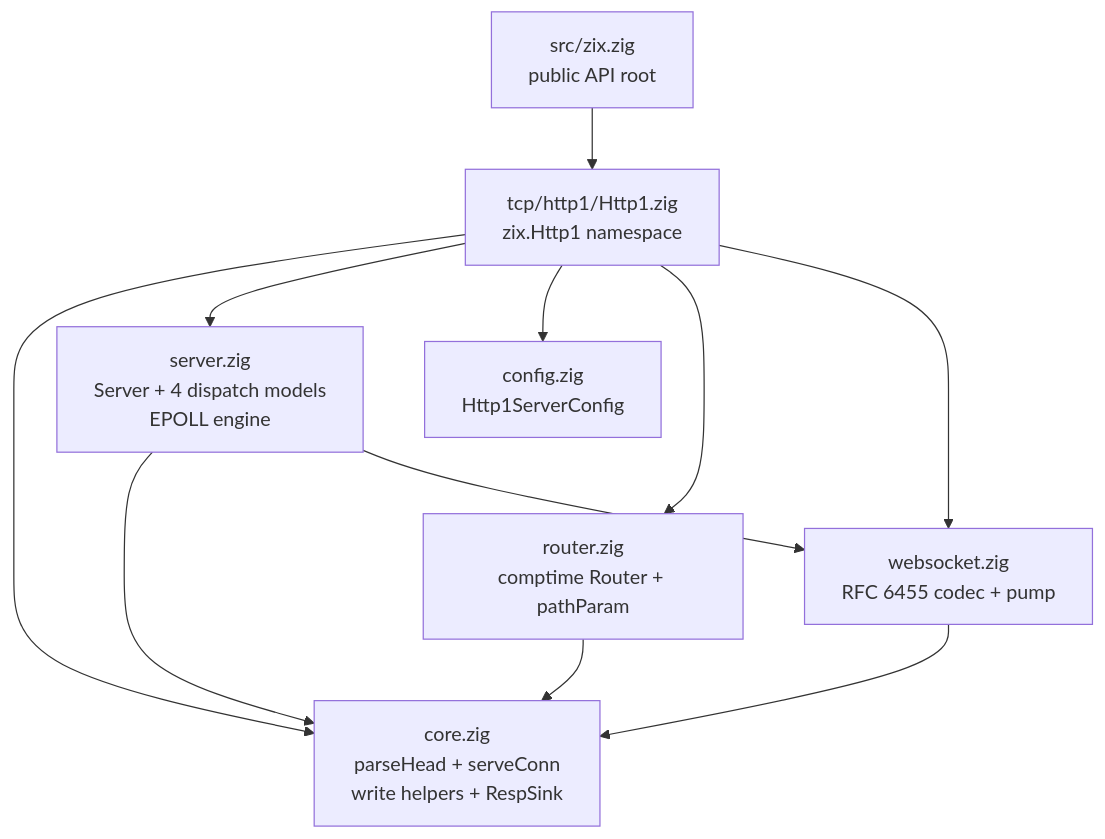
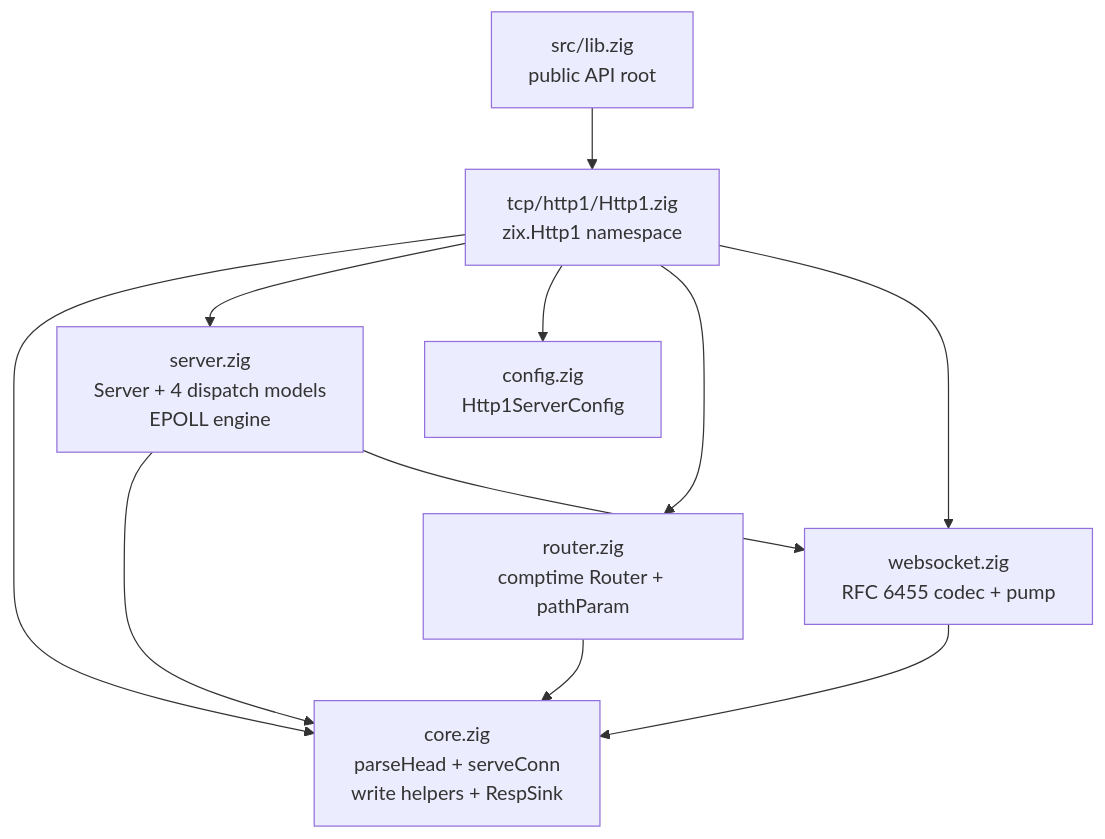
The fourth of 6 diagrams in docs/hld-http1-id.md (prothegee/zix), drawn with Mermaid before and after one commit. The commit also changed other lines of this file, not shown here.

Commit message:
Doc hld-http1-id: ws_recv_buf, RawFn, timeout

````diff
--- a/docs/hld-http1-id.md
+++ b/docs/hld-http1-id.md
@@ -106,15 +106,15 @@
 ```mermaid
 graph TD
-    zix["src/zix.zig\npublic API root"] --> Http1["tcp/http1/Http1.zig\nzix.Http1 namespace"]
+    zix["src/lib.zig\npublic API root"] --> Http1["tcp/http1/Http1.zig\nzix.Http1 namespace"]
 
     Http1 --> core["core.zig\nparseHead + serveConn\nwrite helpers + RespSink"]
     Http1 --> server["server.zig\nServer + 4 dispatch models\nEPOLL engine"]
     Http1 --> config["config.zig\nHttp1ServerConfig"]
     Http1 --> router["router.zig\ncomptime Router + pathParam"]
     Http1 --> websocket["websocket.zig\nRFC 6455 codec + pump"]
 
     server --> core
     server --> websocket
     router --> core
     websocket --> core
 ```
````
